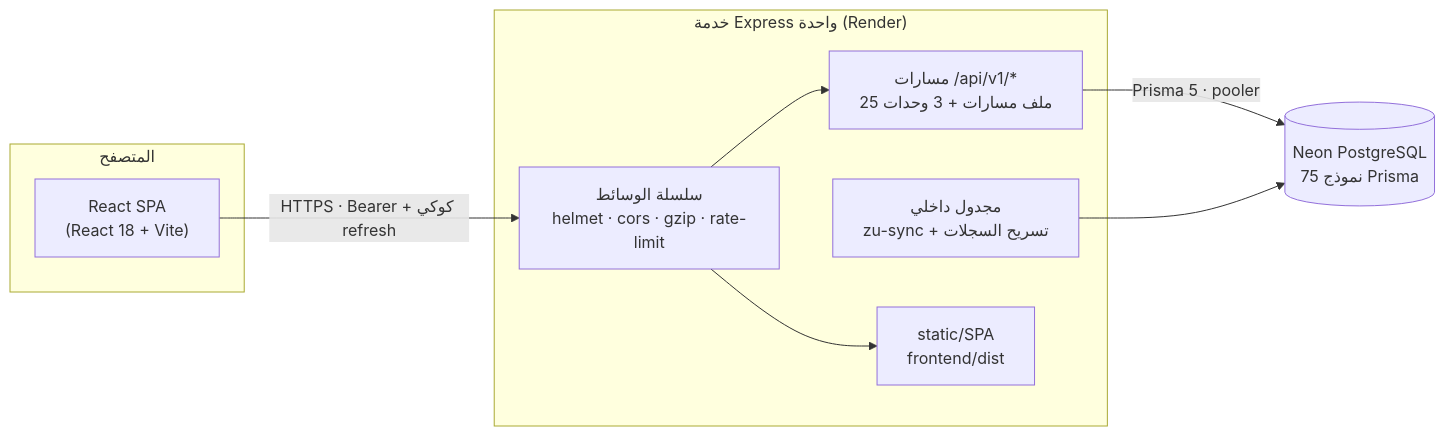
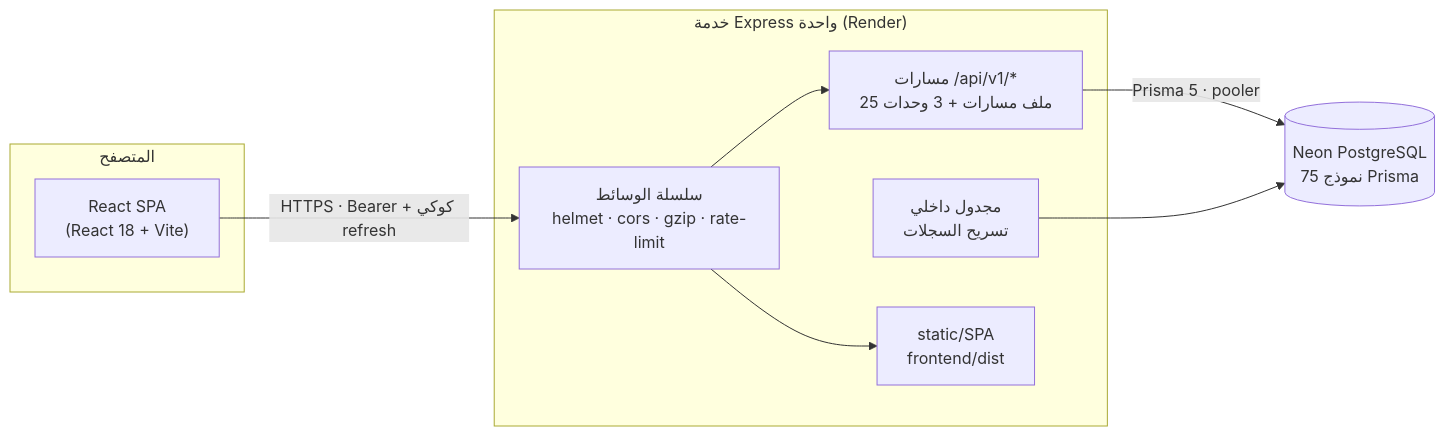
The first of 3 diagrams in docs/03-architecture.md (ahmadmedo1012/madarek), drawn with Mermaid before and after one commit. The commit also changed 165 other files, not shown here.

````diff
--- a/docs/03-architecture.md
+++ b/docs/03-architecture.md
@@ -11,18 +11,18 @@
 ```mermaid
 flowchart LR
     subgraph Client["المتصفح"]
         SPA["React SPA<br/>(React 18 + Vite)"]
     end
     subgraph Server["خدمة Express واحدة (Render)"]
         MW["سلسلة الوسائط<br/>helmet · cors · gzip · rate-limit"]
         API["مسارات /api/v1/*<br/>25 ملف مسارات + 3 وحدات"]
-        SCH["مجدول داخلي<br/>zu-sync + تسريح السجلات"]
+        SCH["مجدول داخلي<br/>تسريح السجلات"]
         ST["static/SPA<br/>frontend/dist"]
     end
     DB[("Neon PostgreSQL<br/>75 نموذج Prisma")]
     SPA -->|"HTTPS · Bearer + كوكي refresh"| MW
     MW --> API
     MW --> ST
     API -->|"Prisma 5 · pooler"| DB
     SCH --> DB
 ```
````
